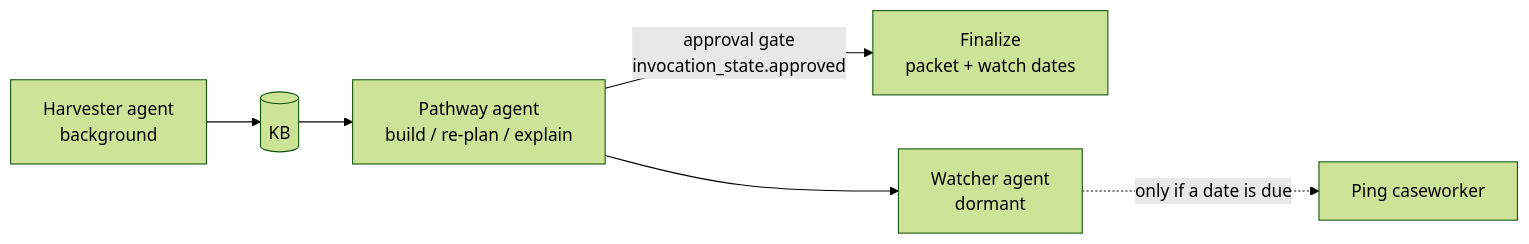
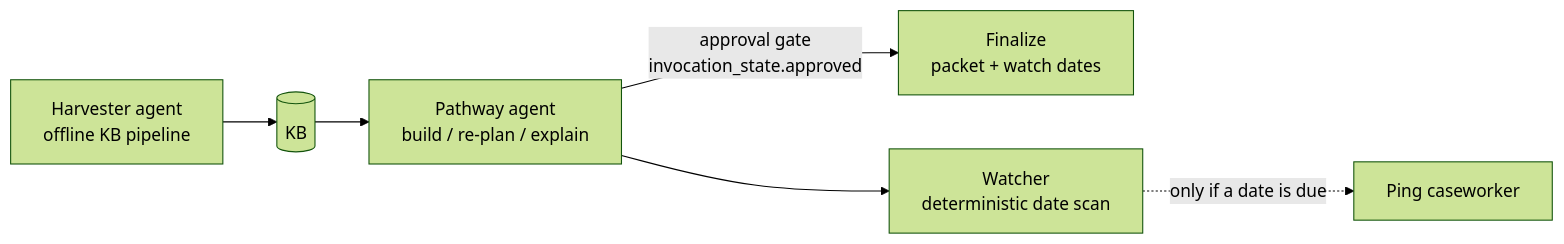
The second of 2 diagrams in docs/ORCHESTRATION.md (youssefnashat/Credential-Bridge), drawn with Mermaid (forest theme) before and after one commit. The commit also changed other lines of this file and 11 other files, not shown here.

````diff
--- a/docs/ORCHESTRATION.md
+++ b/docs/ORCHESTRATION.md
@@ -45,8 +58,8 @@
 ```mermaid
 flowchart LR
   P[Pathway agent<br/>build / re-plan / explain] -->|approval gate<br/>invocation_state.approved| F[Finalize<br/>packet + watch dates]
-  H[Harvester agent<br/>background] --> KB[(KB)]
+  H[Harvester agent<br/>offline KB pipeline] --> KB[(KB)]
   KB --> P
-  W[Watcher agent<br/>dormant] -.->|only if a date is due| N[Ping caseworker]
+  W[Watcher<br/>deterministic date scan] -.->|only if a date is due| N[Ping caseworker]
   P --> W
 ```
````
